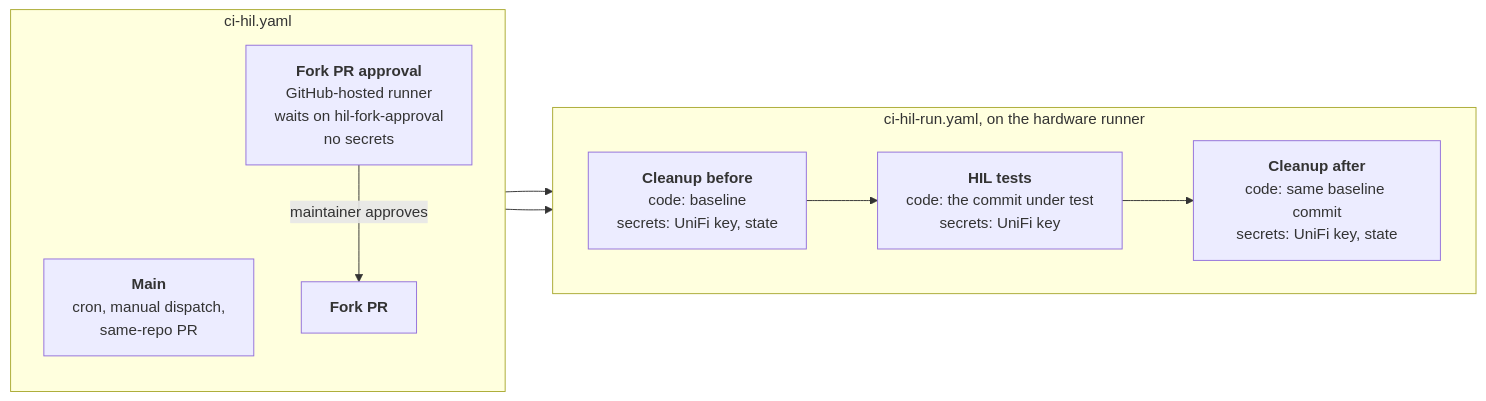
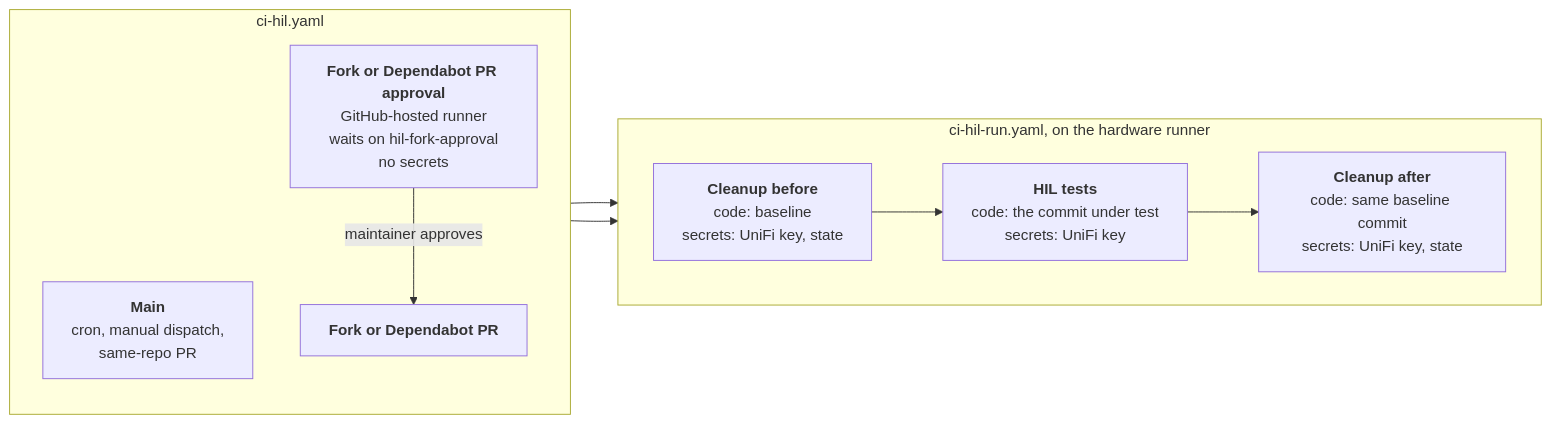
Before and after one commit to alexklibisz/terraform-provider-terrifi: the first of 2 diagrams in hardware-testing/SECURITY.md, drawn with Mermaid. The commit also changed other lines of this file and 1 other file, not shown here.

First line of the commit message:
Document gated Dependabot HIL runs

````diff
--- a/hardware-testing/SECURITY.md
+++ b/hardware-testing/SECURITY.md
@@ -34,21 +34,21 @@
 ```mermaid
 flowchart LR
     subgraph routing["ci-hil.yaml"]
         direction TB
         trusted["<b>Main</b><br/>cron, manual dispatch,<br/>same-repo PR"]
-        approval["<b>Fork PR approval</b><br/>GitHub-hosted runner<br/>waits on hil-fork-approval<br/>no secrets"]
-        fork["<b>Fork PR</b>"]
+        approval["<b>Fork or Dependabot PR approval</b><br/>GitHub-hosted runner<br/>waits on hil-fork-approval<br/>no secrets"]
+        fork["<b>Fork or Dependabot PR</b>"]
         approval -->|maintainer approves| fork
     end
 
     subgraph run["ci-hil-run.yaml, on the hardware runner"]
         direction LR
         before["<b>Cleanup before</b><br/>code: baseline<br/>secrets: UniFi key, state"]
         tests["<b>HIL tests</b><br/>code: the commit under test<br/>secrets: UniFi key"]
         after["<b>Cleanup after</b><br/>code: same baseline commit<br/>secrets: UniFi key, state"]
         before --> tests --> after
     end
 
     trusted --> run
     fork --> run
 ```
````
